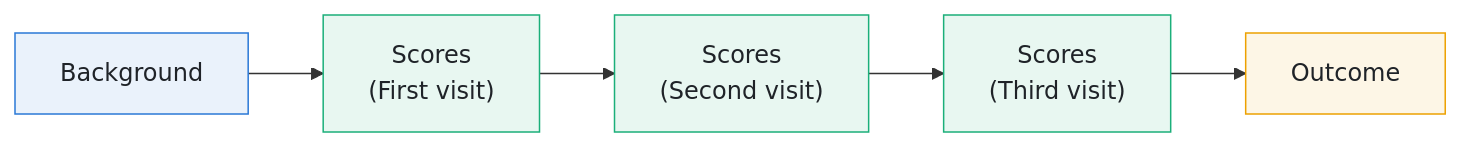
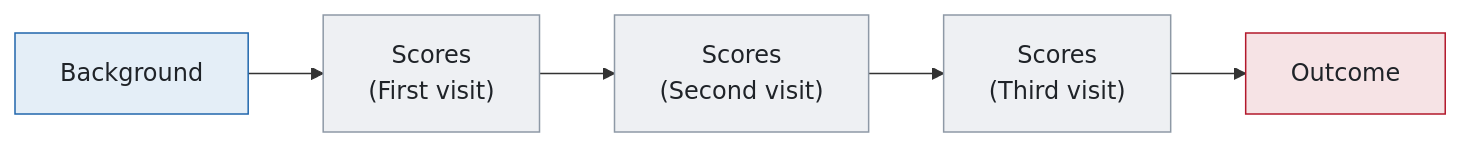
One commit to umcu/layerbn changed the diagram in docs/guide/repeated.md. Above: the diagram before and after it, drawn with Mermaid. The commit also changed 29 other files, not shown here.

````diff
--- a/docs/guide/repeated.md
+++ b/docs/guide/repeated.md
@@ -59,9 +59,9 @@
 ```mermaid
 flowchart LR
     B["Background"] --> S0["Scores<br/>(First visit)"] --> S1["Scores<br/>(Second visit)"] --> S2["Scores<br/>(Third visit)"] --> O["Outcome"]
-    style B fill:#eaf2fb,stroke:#2a78d6,color:#1f2328
-    style S0 fill:#e8f7f1,stroke:#1baf7a,color:#1f2328
-    style S1 fill:#e8f7f1,stroke:#1baf7a,color:#1f2328
-    style S2 fill:#e8f7f1,stroke:#1baf7a,color:#1f2328
-    style O fill:#fdf6e6,stroke:#eda100,color:#1f2328
+    style B fill:#e4eef7,stroke:#2166ac,color:#1f2328
+    style S0 fill:#eef0f3,stroke:#8e99a6,color:#1f2328
+    style S1 fill:#eef0f3,stroke:#8e99a6,color:#1f2328
+    style S2 fill:#eef0f3,stroke:#8e99a6,color:#1f2328
+    style O fill:#f6e3e5,stroke:#b2182b,color:#1f2328
 ```
````
